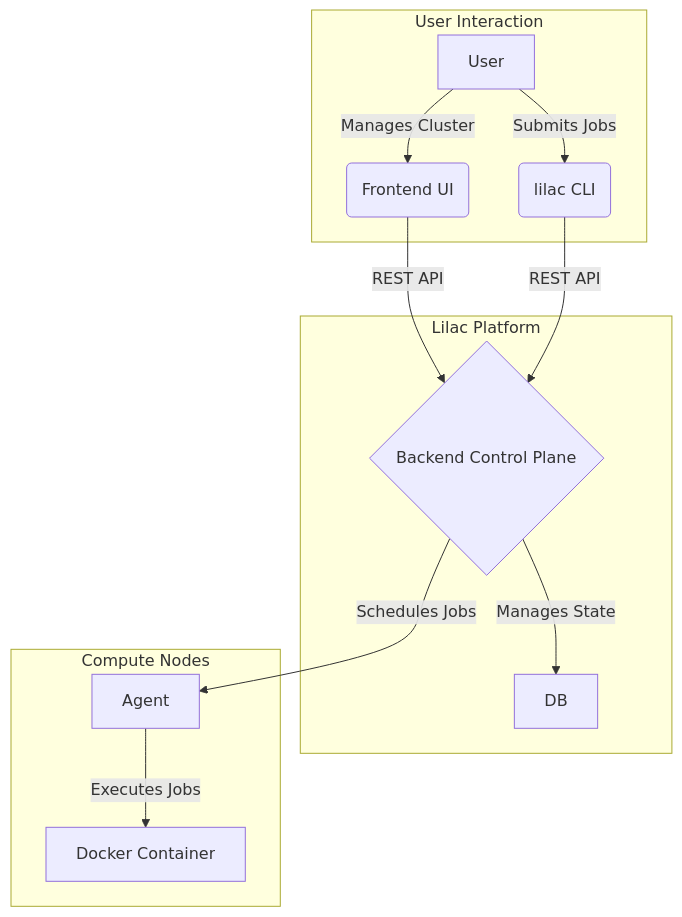
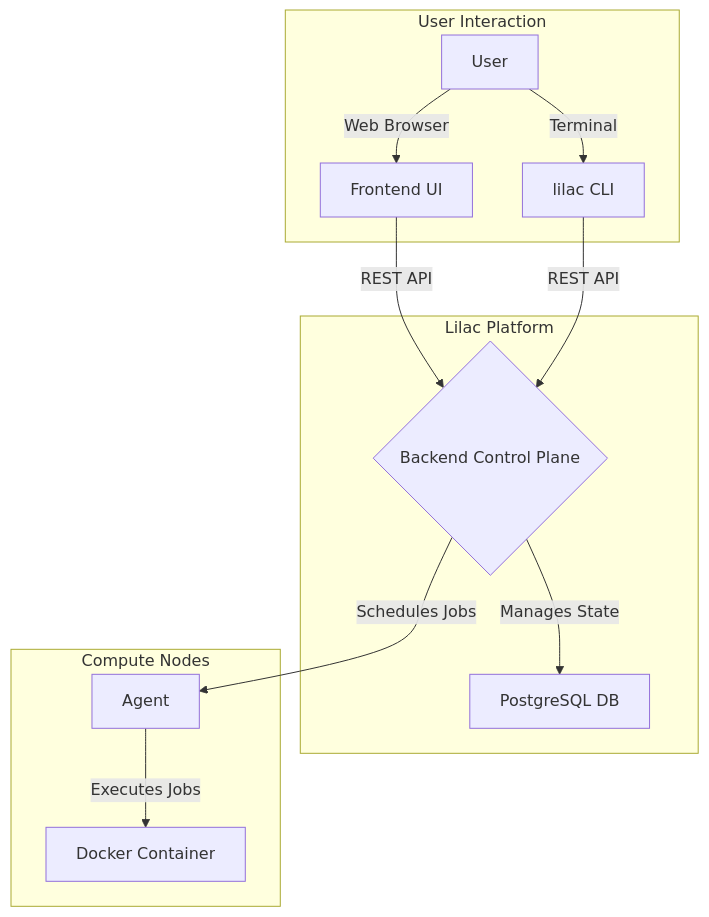
The diagram in DEVELOPMENT.md (sidgaikwad/lilac), drawn with Mermaid before and after one commit.

Commit message:
Architecture graph update

````diff
--- a/DEVELOPMENT.md
+++ b/DEVELOPMENT.md
@@ -9,19 +9,19 @@
 ```mermaid
 graph TD
     subgraph "User Interaction"
-        A[User] -->|Manages Cluster| B(Frontend UI)
-        A -->|Submits Jobs| C(lilac CLI)
+        A[User] -->|Web Browser| B[Frontend UI]
+        A -->|Terminal| C[lilac CLI]
     end
 
     subgraph "Lilac Platform"
         B -->|REST API| D{Backend Control Plane}
         C -->|REST API| D
-        D -->|Manages State| F[DB]
+        D -->|Manages State| F[PostgreSQL DB]
     end
 
     subgraph "Compute Nodes"
         E[Agent] -->|Executes Jobs| G[Docker Container]
     end
 
     D -->|Schedules Jobs| E
 ```
````
